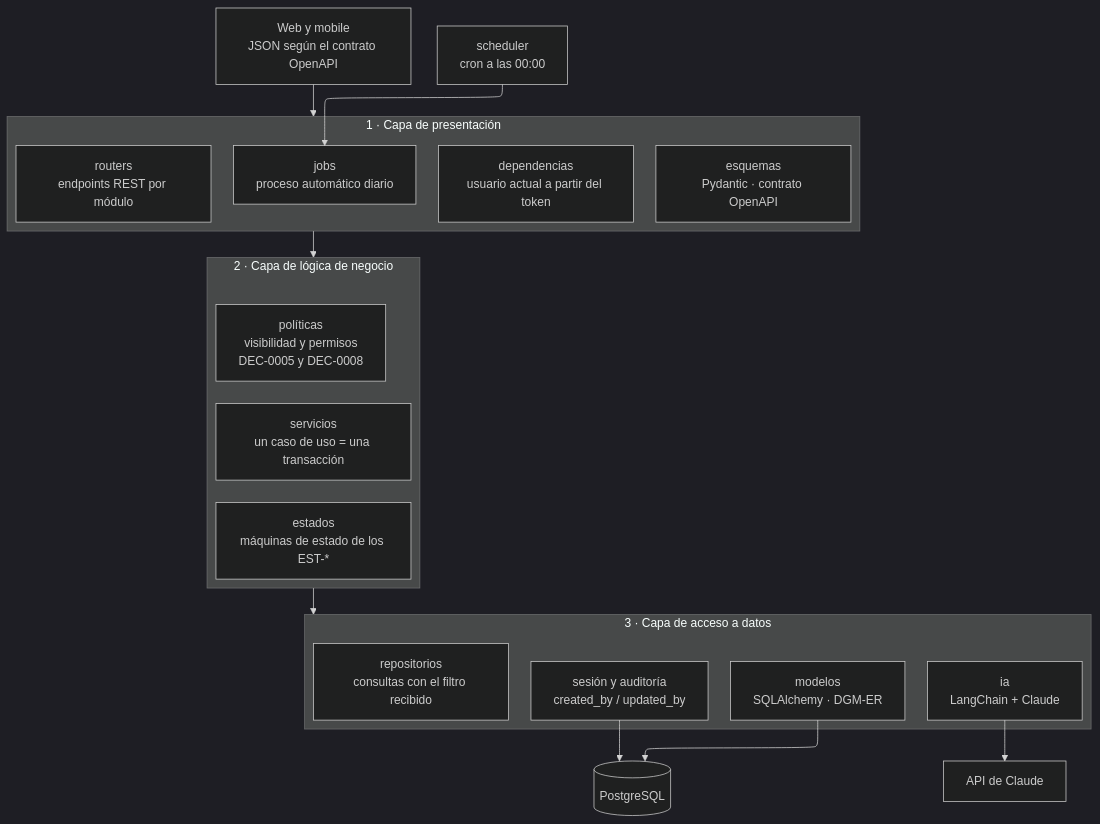
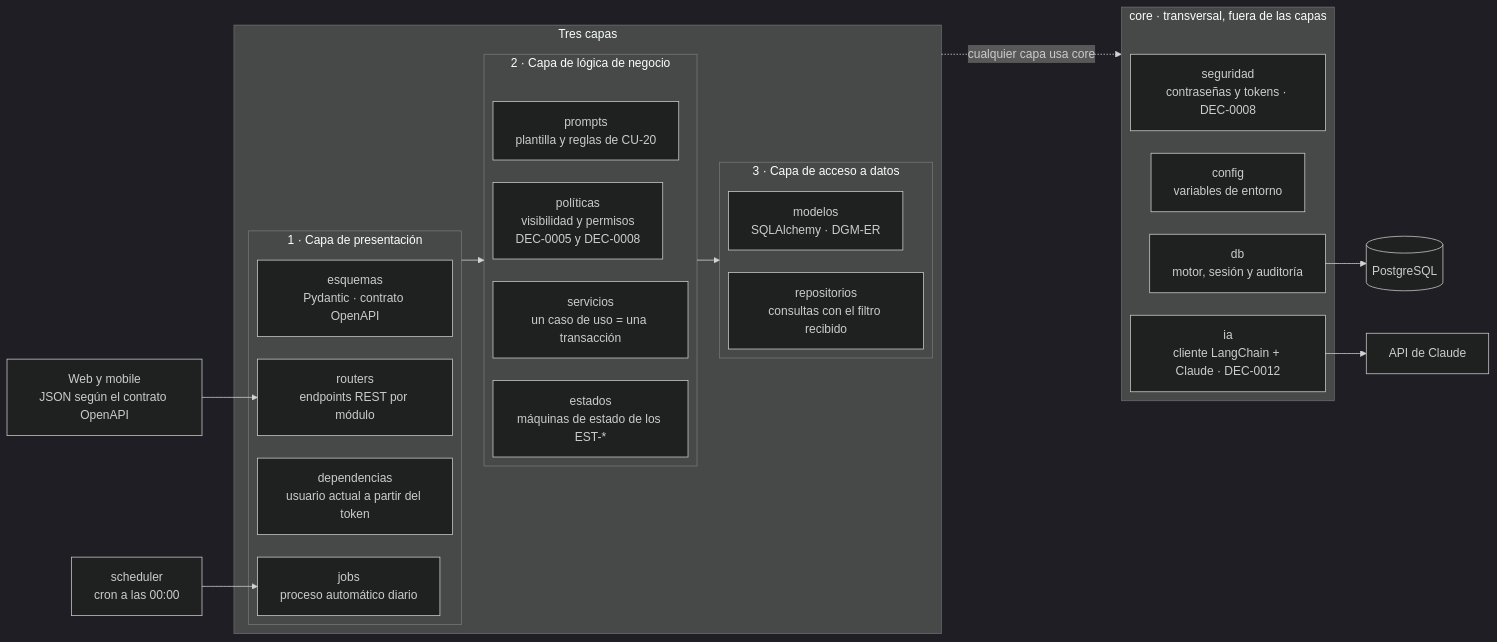
One commit to FranLuciano04/Vault-Rumbo changed the third of 4 diagrams in 05-Diseño/Arquitectura/ARQ — Vista general.md. Above: the diagram before and after it, drawn with Mermaid (dark theme). The commit also changed other lines of this file and 3 other files, not shown here.

First line of the commit message:
ARQ: paquete core transversal fuera de las tres capas

````diff
--- a/05-Diseño/Arquitectura/ARQ — Vista general.md
+++ b/05-Diseño/Arquitectura/ARQ — Vista general.md
@@ -124,40 +127,48 @@
 ```mermaid
 %%{init: {"flowchart": {"defaultRenderer": "elk"}} }%%
-flowchart TB
+flowchart LR
     Front["Web y mobile<br/>JSON según el contrato OpenAPI"]
     Sched["scheduler<br/>cron a las 00:00"]
 
-    subgraph P["1 · Capa de presentación"]
-      direction LR
-      R["routers<br/>endpoints REST por módulo"]
-      Esq["esquemas<br/>Pydantic · contrato OpenAPI"]
-      Dep["dependencias<br/>usuario actual a partir del token"]
-      Job["jobs<br/>proceso automático diario"]
+    subgraph Capas["Tres capas"]
+      direction TB
+      subgraph P["1 · Capa de presentación"]
+        direction LR
+        R["routers<br/>endpoints REST por módulo"]
+        Esq["esquemas<br/>Pydantic · contrato OpenAPI"]
+        Dep["dependencias<br/>usuario actual a partir del token"]
+        Job["jobs<br/>proceso automático diario"]
+      end
+      subgraph N["2 · Capa de lógica de negocio"]
+        direction LR
+        S["servicios<br/>un caso de uso = una transacción"]
+        Est["estados<br/>máquinas de estado de los EST-*"]
+        Pol["políticas<br/>visibilidad y permisos<br/>DEC-0005 y DEC-0008"]
+        Pr["prompts<br/>plantilla y reglas de CU-20"]
+      end
+      subgraph D["3 · Capa de acceso a datos"]
+        direction LR
+        Rep["repositorios<br/>consultas con el filtro recibido"]
+        Mod["modelos<br/>SQLAlchemy · DGM-ER"]
+      end
+      P --> N
+      N --> D
     end
 
-    subgraph N["2 · Capa de lógica de negocio"]
-      direction LR
-      S["servicios<br/>un caso de uso = una transacción"]
-      Est["estados<br/>máquinas de estado de los EST-*"]
-      Pol["políticas<br/>visibilidad y permisos<br/>DEC-0005 y DEC-0008"]
-    end
-
-    subgraph D["3 · Capa de acceso a datos"]
-      direction LR
-      Rep["repositorios<br/>consultas con el filtro recibido"]
-      Mod["modelos<br/>SQLAlchemy · DGM-ER"]
-      Ses["sesión y auditoría<br/>created_by / updated_by"]
-      IA["ia<br/>LangChain + Claude"]
+    subgraph C["core · transversal, fuera de las capas"]
+      direction TB
+      Cfg["config<br/>variables de entorno"]
+      Sec["seguridad<br/>contraseñas y tokens · DEC-0008"]
+      Db["db<br/>motor, sesión y auditoría"]
+      IA["ia<br/>cliente LangChain + Claude · DEC-0012"]
     end
 
     DB[("PostgreSQL")]
     Claude["API de Claude"]
 
-    Front --> P
+    Front --> R
     Sched --> Job
-    P --> N
-    N --> D
-    Mod --> DB
-    Ses --> DB
+    Capas -. "cualquier capa usa core" .-> C
+    Db --> DB
     IA --> Claude
 ```
````
